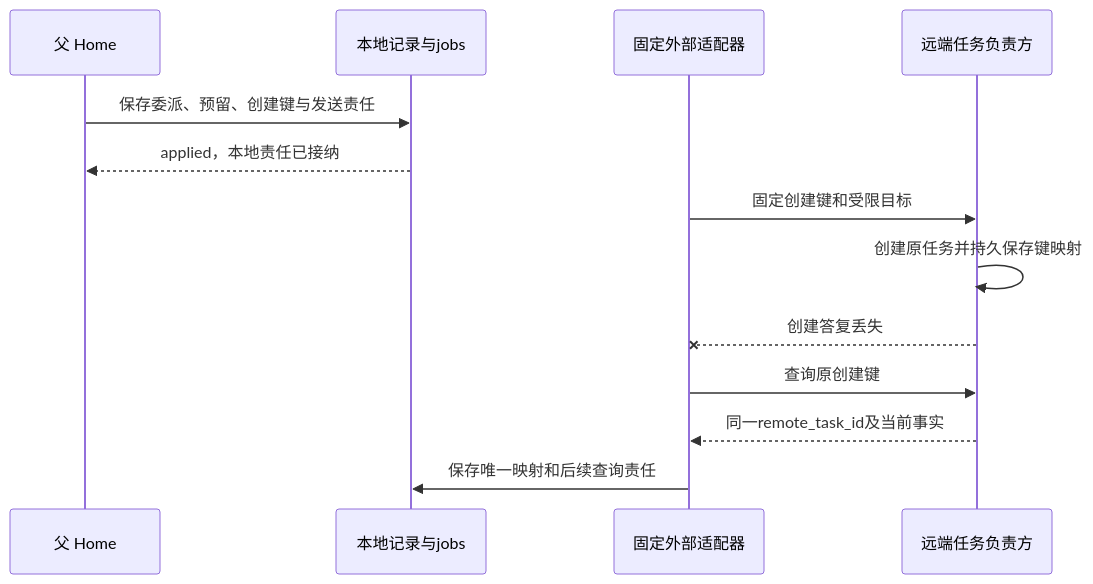
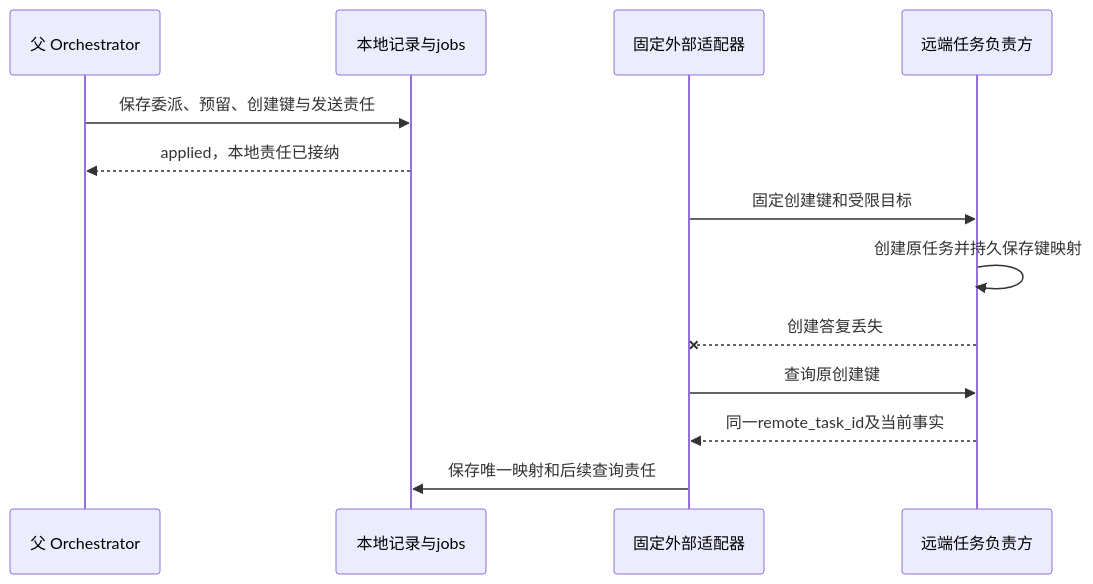
The fourth of 4 diagrams in docs/architecture/collaboration/implementation.md (ruipengliu/lerna), drawn with Mermaid before and after one commit. The commit also changed other lines of this file and 174 other files, not shown here.

````diff
--- a/docs/architecture/collaboration/implementation.md
+++ b/docs/architecture/collaboration/implementation.md
@@ -175,15 +175,15 @@
 ```mermaid
 sequenceDiagram
-    participant H as 父 Home
+    participant H as 父 Orchestrator
     participant S as 本地记录与jobs
     participant A as 固定外部适配器
     participant R as 远端任务负责方
     H->>S: 保存委派、预留、创建键与发送责任
     S-->>H: applied，本地责任已接纳
     A->>R: 固定创建键和受限目标
     R->>R: 创建原任务并持久保存键映射
     R--xA: 创建答复丢失
     A->>R: 查询原创建键
     R-->>A: 同一remote_task_id及当前事实
     A->>S: 保存唯一映射和后续查询责任
 ```
````
